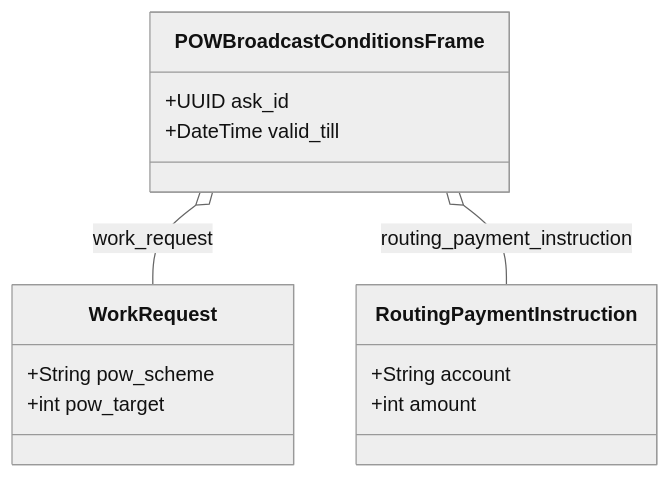
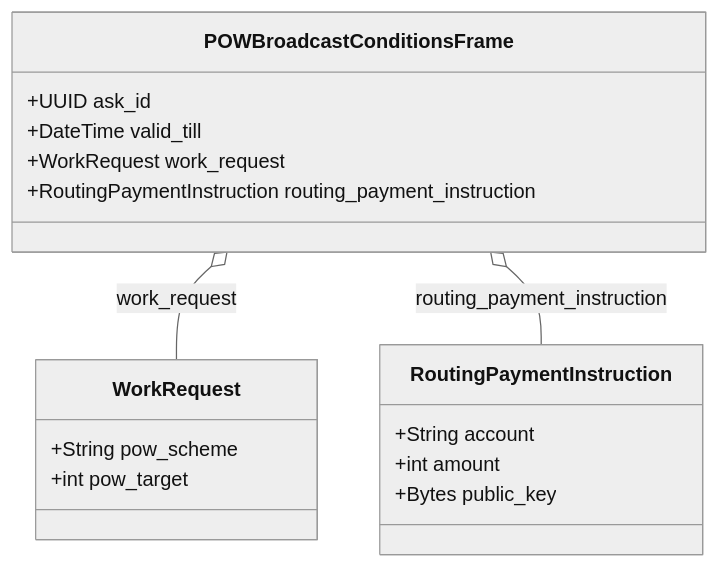
The fifth of 9 diagrams in whitepaper/protocol.md (DontTrustVerifyOrg/gig-gossip), drawn with Mermaid (neutral theme) before and after one commit. The commit also changed other lines of this file and 1 other file, not shown here.

````diff
--- a/whitepaper/protocol.md
+++ b/whitepaper/protocol.md
@@ -174,17 +183,20 @@
 ```mermaid
 classDiagram
     class WorkRequest{
         +String pow_scheme
         +int pow_target
     }
     class RoutingPaymentInstruction{
         +String account
         +int amount
+        +Bytes public_key
     }
     class POWBroadcastConditionsFrame{
         +UUID ask_id
         +DateTime valid_till
+        +WorkRequest work_request
+        +RoutingPaymentInstruction routing_payment_instruction
     }
     POWBroadcastConditionsFrame  o--  WorkRequest : work_request
     POWBroadcastConditionsFrame  o--  RoutingPaymentInstruction : routing_payment_instruction
 ```
````
